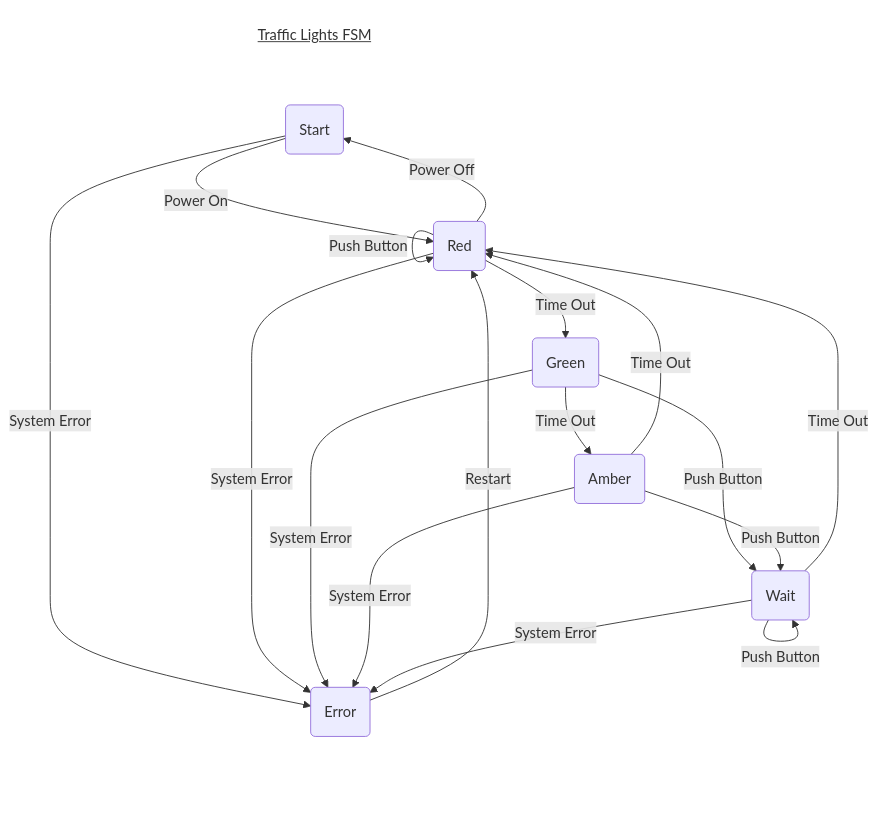
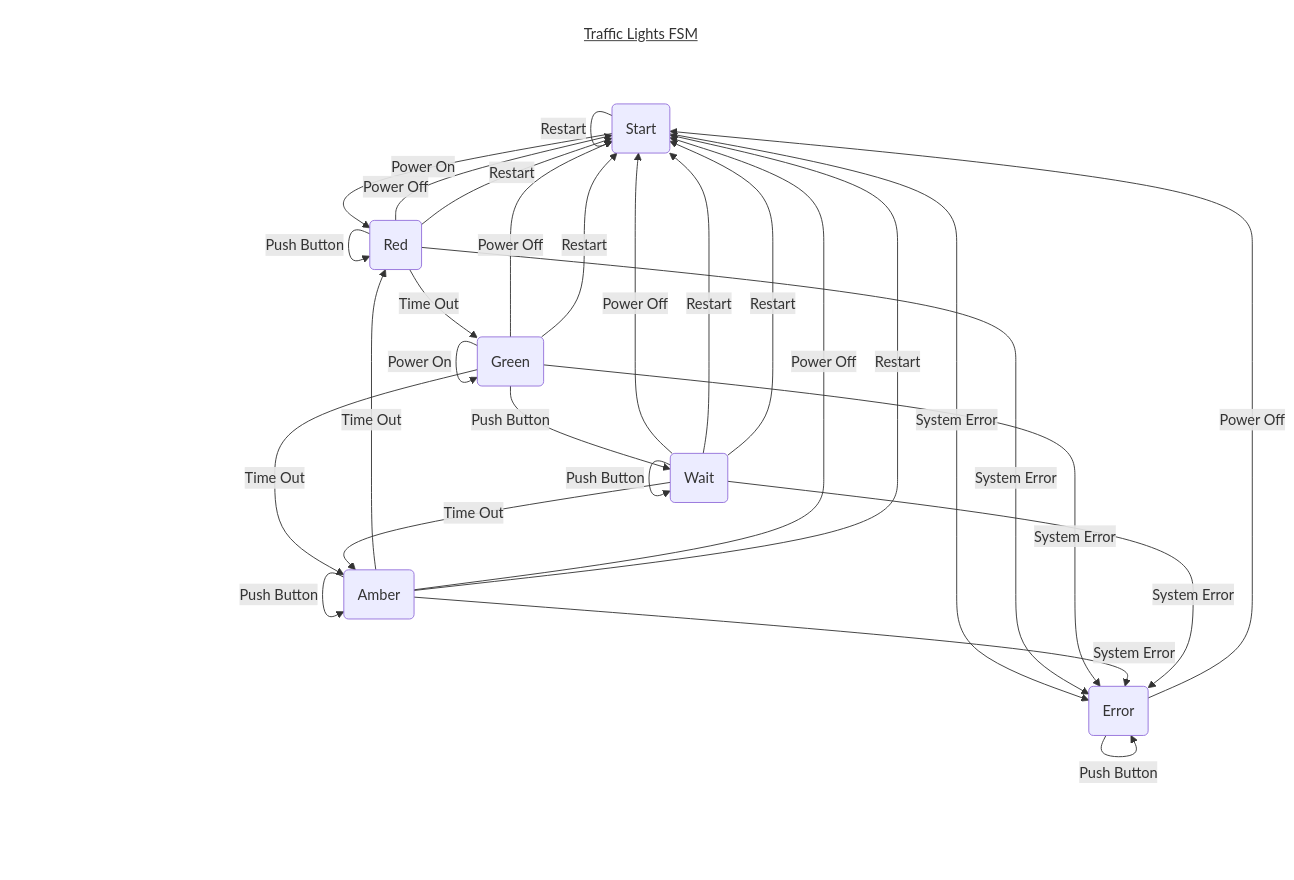
Before and after one commit to libralibra/UK_Teaching: the first of 2 diagrams in Uni/Falmouth/COMP712/workshops/fsm/fsm.md, drawn with Mermaid. The commit also changed other lines of this file and 8 other files, not shown here.

````diff
--- a/Uni/Falmouth/COMP712/workshops/fsm/fsm.md
+++ b/Uni/Falmouth/COMP712/workshops/fsm/fsm.md
@@ -67,25 +67,49 @@
 ```mermaid
 graph TD
 
 title[<u>Traffic Lights FSM</u>]
 title --> A(Start)
 style title fill:#FFF,stroke:#FFF
 linkStyle 0 stroke:#FFF,stroke-width:0;
-
-A -- Power On --> B(Red)
-B -- Time Out --> C(Green)
-C -- Time Out --> D(Amber)
+B(Red) 
+C(Green)
+D(Amber)
+E(Wait)
+F(Error)
+A -- Power On --> B
+B -- Power On --> B
+C -- Power On --> C
+D -- Power On --> D
+E -- Power On --> E
+F -- Power On --> F
+A -- Time Out --> A
+B -- Time Out --> C
+C -- Time Out --> D
 D -- Time Out --> B
-A -- System Error --> E(Error)
-B -- System Error --> E
-C -- System Error --> E
-D -- System Error --> E
+E -- Time Out --> D 
+F -- Time Out --> F
+A -- System Error --> F
+B -- System Error --> F
+C -- System Error --> F
+D -- System Error --> F
+E -- System Error --> F
+F -- System Error --> F
+A -- Push Button --> A
 B -- Push Button --> B
-C -- Push Button --> F(Wait)
-D -- Push Button --> F
+C -- Push Button --> E
+D -- Push Button --> D
+E -- Push Button --> E
 F -- Push Button --> F
-F -- Time Out --> B
-F -- System Error --> E
+A -- Power Off --> A
 B -- Power Off --> A
-E -- Restart --> B
+C -- Power Off --> A
+D -- Power Off --> A
+E -- Power Off --> A
+F -- Power Off --> A
+A -- Restart --> A
+B -- Restart --> A
+C -- Restart --> A
+D -- Restart --> A
+E -- Restart --> A
+E -- Restart --> A
 ```
````
